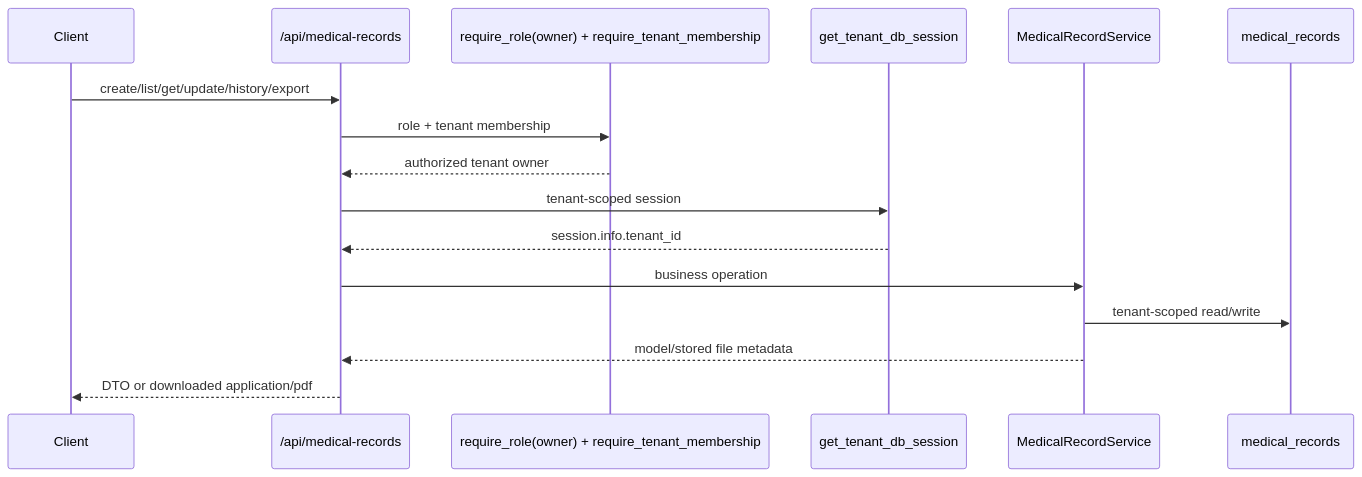
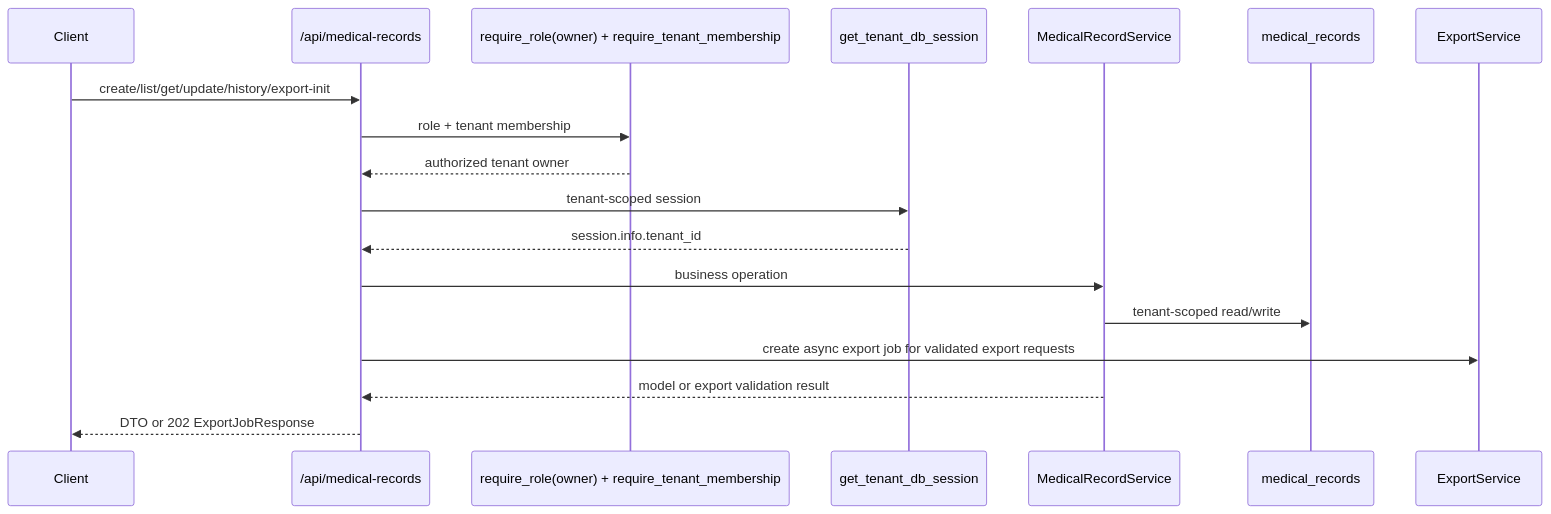
The first of 2 diagrams in docs/features/medical-record.md (adriangpo/mindflow-api), drawn with Mermaid before and after one commit. The commit also changed other lines of this file and 43 other files, not shown here.

````diff
--- a/docs/features/medical-record.md
+++ b/docs/features/medical-record.md
@@ -29,19 +31,21 @@
 ```mermaid
 sequenceDiagram
     participant Client
     participant Router as /api/medical-records
     participant Guard as require_role(owner) + require_tenant_membership
     participant TenantDB as get_tenant_db_session
     participant Service as MedicalRecordService
     participant DB as medical_records
+    participant Export as ExportService
 
-    Client->>Router: create/list/get/update/history/export
+    Client->>Router: create/list/get/update/history/export-init
     Router->>Guard: role + tenant membership
     Guard-->>Router: authorized tenant owner
     Router->>TenantDB: tenant-scoped session
     TenantDB-->>Router: session.info.tenant_id
     Router->>Service: business operation
     Service->>DB: tenant-scoped read/write
-    Service-->>Router: model/stored file metadata
-    Router-->>Client: DTO or downloaded application/pdf
+    Router->>Export: create async export job for validated export requests
+    Service-->>Router: model or export validation result
+    Router-->>Client: DTO or 202 ExportJobResponse
 ```
````
